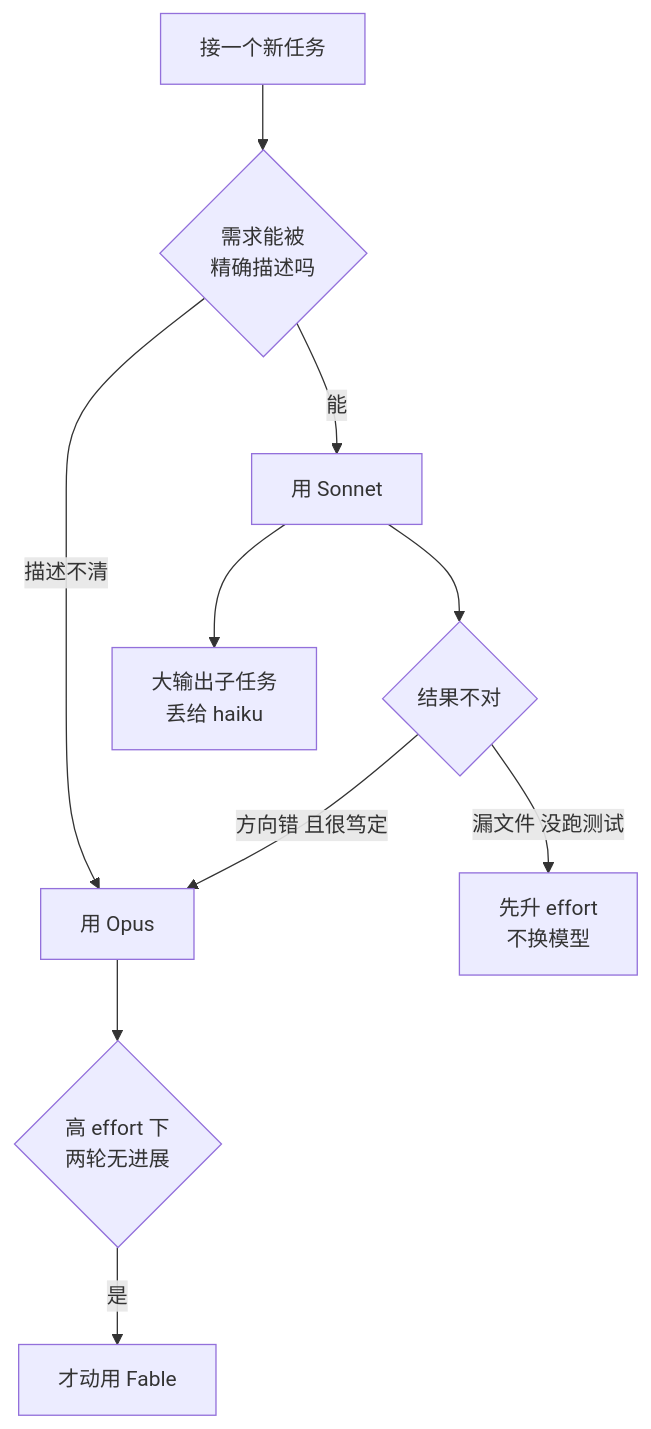
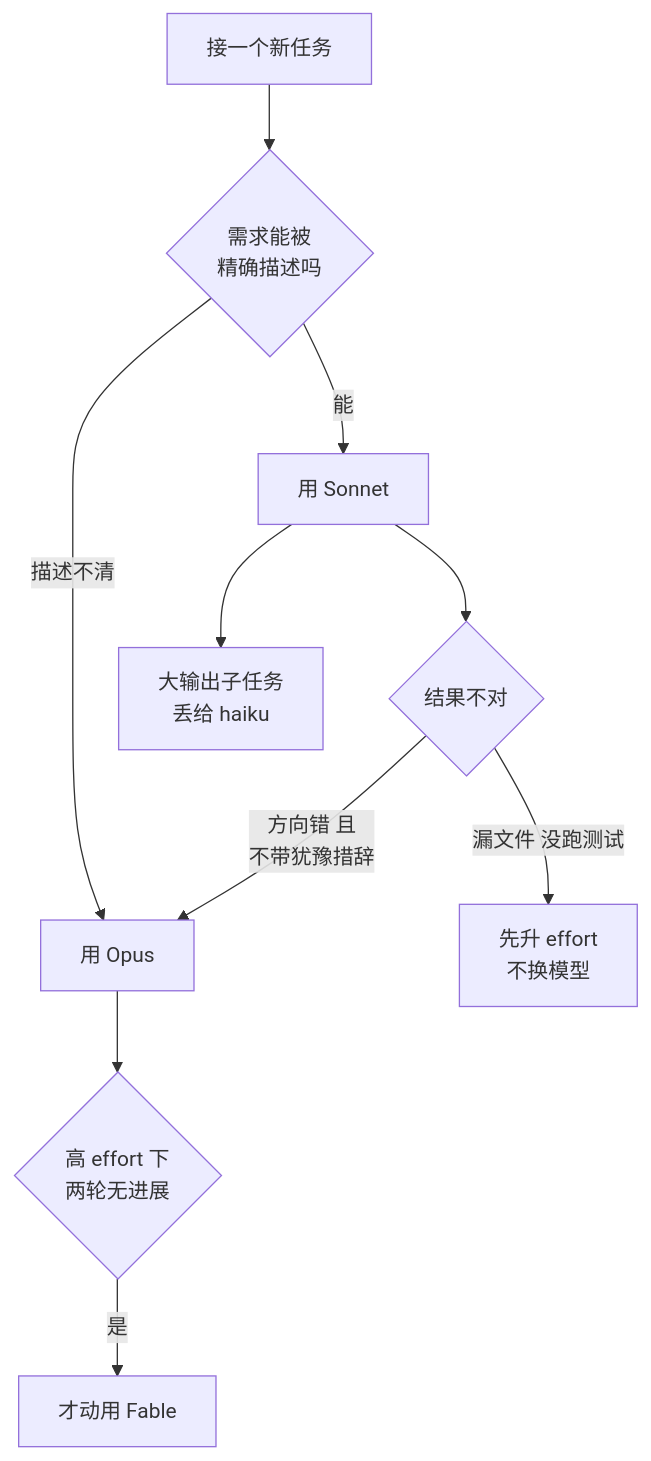
The diagram in 07-效率与成本/062-什么时候用Opus什么时候用Sonnet.md (BigKunLun/AI-Coding-Playbook), drawn with Mermaid before and after one commit. The commit also changed other lines of this file and 5 other files, not shown here.

````diff
--- a/07-效率与成本/062-什么时候用Opus什么时候用Sonnet.md
+++ b/07-效率与成本/062-什么时候用Opus什么时候用Sonnet.md
@@ -15,12 +15,12 @@
 ```mermaid
 flowchart TD
     A[接一个新任务] --> B{需求能被<br/>精确描述吗}
     B -->|能| C[用 Sonnet]
     B -->|描述不清| D[用 Opus]
     C --> E{结果不对}
     E -->|漏文件 没跑测试| F[先升 effort<br/>不换模型]
-    E -->|方向错 且很笃定| D
+    E -->|方向错 且<br/>不带犹豫措辞| D
     C --> G[大输出子任务<br/>丢给 haiku]
     D --> H{高 effort 下<br/>两轮无进展}
     H -->|是| I[才动用 Fable]
 ```
````
